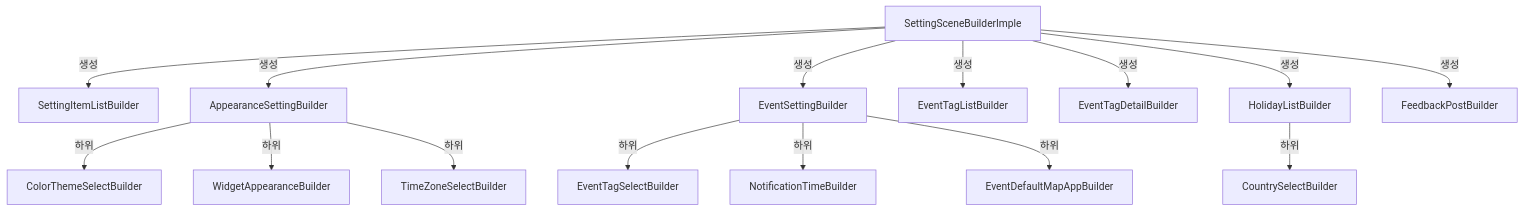
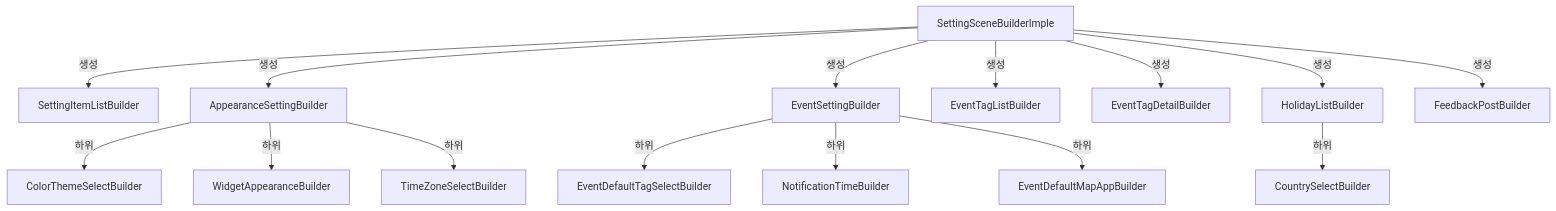
The fifth of 5 diagrams in Presentations/SettingScene/CLAUDE.md (sudopark/TodoCalendar), drawn with Mermaid before and after one commit. The commit also changed other lines of this file and 12 other files, not shown here.

Commit message:
EventTagSelect → EventDefaultTagSelect 리네임 — 형제 화면(EventDefaultMapApp)과 네이밍 패턴 통일

````diff
--- a/Presentations/SettingScene/CLAUDE.md
+++ b/Presentations/SettingScene/CLAUDE.md
@@ -184,20 +184,20 @@
 ```mermaid
 graph TD
     SSB[SettingSceneBuilderImple] -->|생성| SIL[SettingItemListBuilder]
     SSB -->|생성| ASB[AppearanceSettingBuilder]
     SSB -->|생성| ESB[EventSettingBuilder]
     SSB -->|생성| ETLB[EventTagListBuilder]
     SSB -->|생성| ETDB[EventTagDetailBuilder]
     SSB -->|생성| HLB[HolidayListBuilder]
     SSB -->|생성| FPB[FeedbackPostBuilder]
 
     ASB -->|하위| CTB[ColorThemeSelectBuilder]
     ASB -->|하위| WAB[WidgetAppearanceBuilder]
     ASB -->|하위| TZB[TimeZoneSelectBuilder]
 
-    ESB -->|하위| ETSB[EventTagSelectBuilder]
+    ESB -->|하위| ETSB[EventDefaultTagSelectBuilder]
     ESB -->|하위| ENTB[NotificationTimeBuilder]
     ESB -->|하위| EMAB[EventDefaultMapAppBuilder]
 
     HLB -->|하위| CSB[CountrySelectBuilder]
 ```
````
